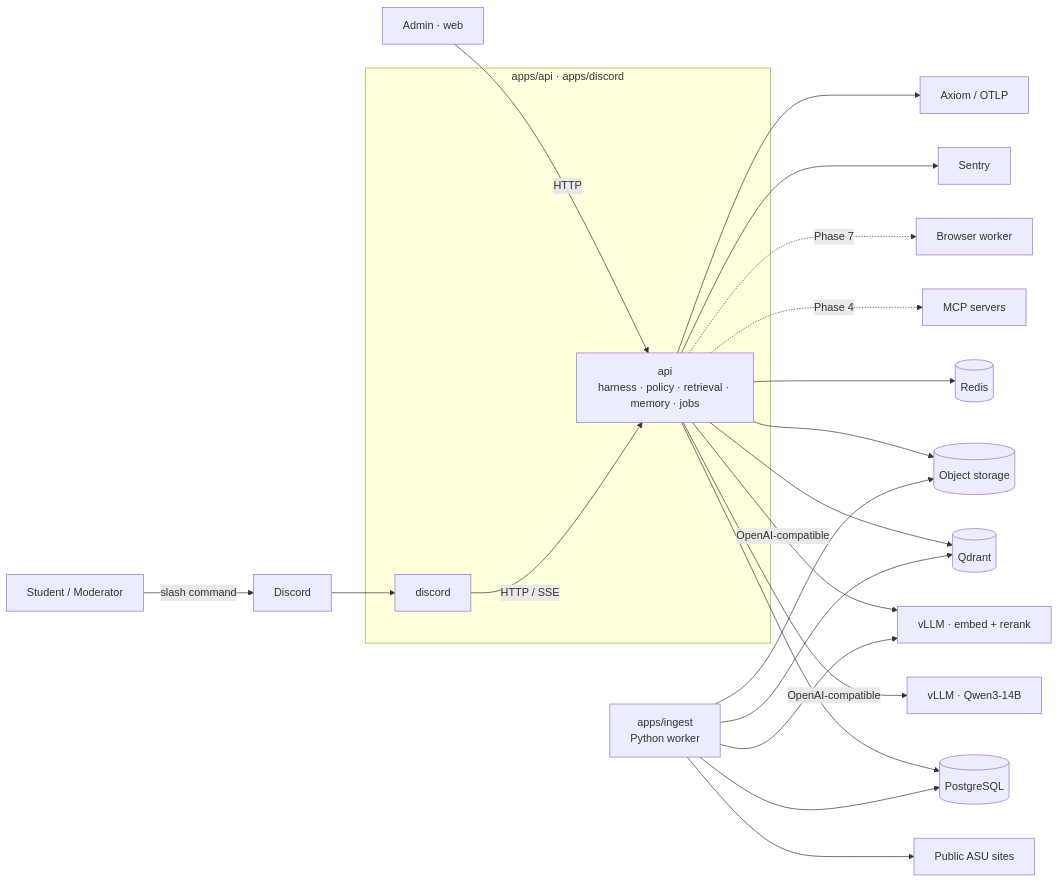
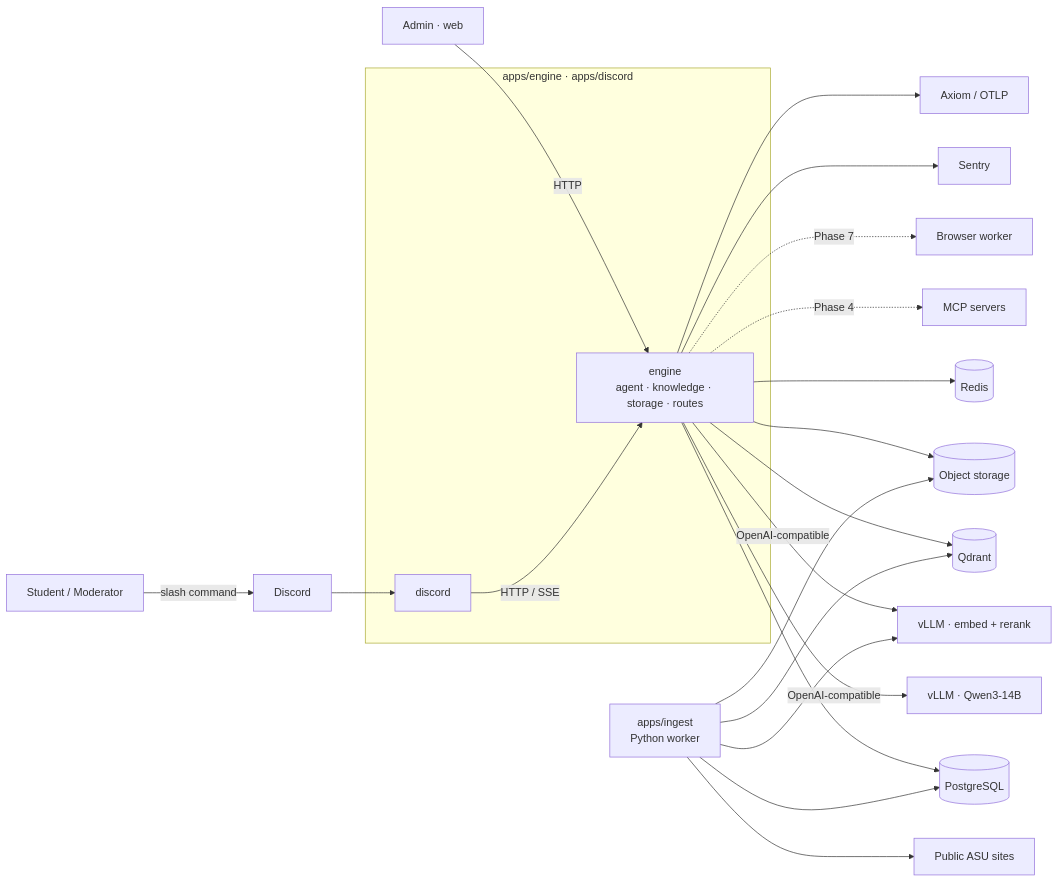
One commit to ashworks1706/SparkyAI changed the first of 9 diagrams in docs/ARCHITECTURE.md. Above: the diagram before and after it, drawn with Mermaid. The commit also changed other lines of this file and 63 other files, not shown here.

First line of the commit message:
apps/api → apps/engine; modules regrouped as agent / knowledge / storage / routes

````diff
--- a/docs/ARCHITECTURE.md
+++ b/docs/ARCHITECTURE.md
@@ -11,30 +11,30 @@
 ```mermaid
 flowchart LR
     U[Student / Moderator] -->|slash command| D[Discord]
     A[Admin · web] -->|HTTP| APP
 
-    subgraph rust [apps/api · apps/discord]
+    subgraph rust [apps/engine · apps/discord]
         BOT[discord]
-        APP[api<br/>harness · policy · retrieval · memory · jobs]
+        APP[engine<br/>agent · knowledge · storage · routes]
     end
     D --> BOT
     BOT -->|HTTP / SSE| APP
 
     APP -->|OpenAI-compatible| VLLM[vLLM · Qwen3-14B]
     APP -->|OpenAI-compatible| EMB[vLLM · embed + rerank]
     APP --> PG[(PostgreSQL)]
     APP --> RD[(Redis)]
     APP --> QD[(Qdrant)]
     APP --> S3[(Object storage)]
     APP -.->|Phase 4| MCP[MCP servers]
     APP -.->|Phase 7| BW[Browser worker]
 
     ING[apps/ingest<br/>Python worker] --> WEB[Public ASU sites]
     ING --> PG
     ING --> QD
     ING --> S3
     ING --> EMB
 
     APP --> SEN[Sentry]
     APP --> AX[Axiom / OTLP]
 ```
````
